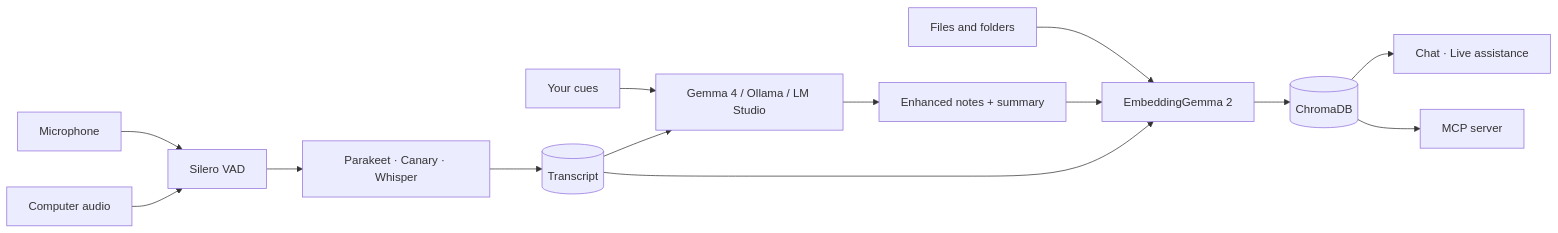
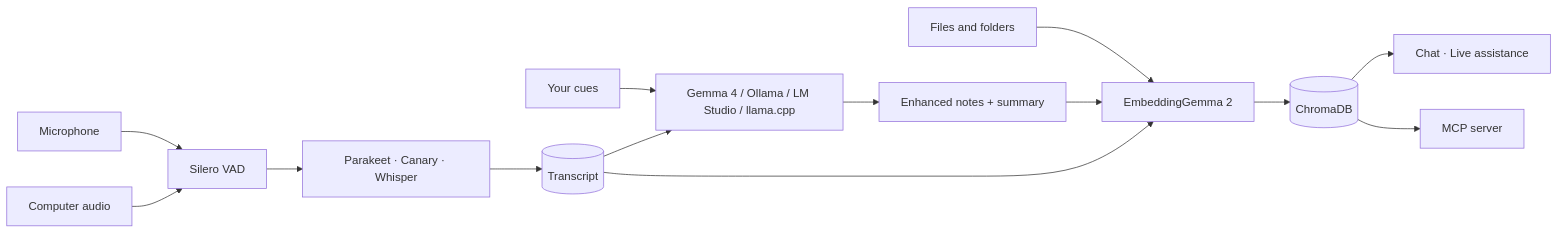
One commit to Lautaro005/lumina changed the diagram in README.md. Above: the diagram before and after it, drawn with Mermaid. The commit also changed other lines of this file and 36 other files, not shown here.

````diff
--- a/README.md
+++ b/README.md
@@ -145,16 +146,16 @@
 ```mermaid
 flowchart LR
   mic[Microphone] --> vad[Silero VAD]
   sys[Computer audio] --> vad
   vad --> stt[Parakeet · Canary · Whisper]
   stt --> tr[(Transcript)]
-  cues[Your cues] --> llm[Gemma 4 / Ollama / LM Studio]
+  cues[Your cues] --> llm[Gemma 4 / Ollama / LM Studio / llama.cpp]
   tr --> llm
   llm --> notes[Enhanced notes + summary]
   files[Files and folders] --> emb[EmbeddingGemma 2]
   notes --> emb
   tr --> emb
   emb --> db[(ChromaDB)]
   db --> chat[Chat · Live assistance]
   db --> mcp[MCP server]
 ```
````
